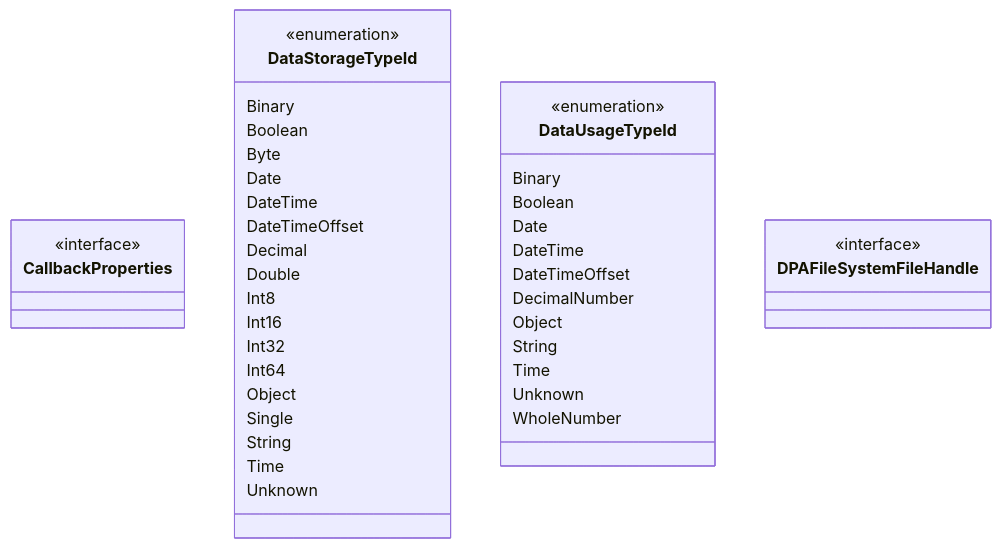
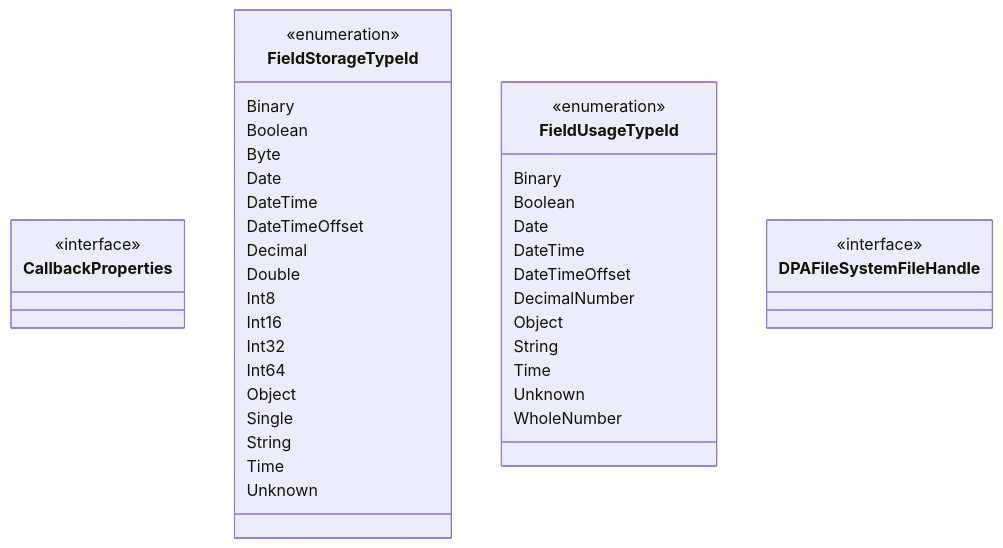
Before and after one commit to data-positioning/datapos-shared: diagram 21 of 22 in README.md, drawn with Mermaid. The commit also changed other lines of this file and 6 other files, not shown here.

````diff
--- a/README.md
+++ b/README.md
@@ -740,48 +740,48 @@
 ```mermaid
 classDiagram
     direction TB
 
     class CallbackProperties {
         <<interface>>
     }
 
-    class DataStorageTypeId {
+    class FieldStorageTypeId {
         <<enumeration>>
         Binary
         Boolean
         Byte
         Date
         DateTime
         DateTimeOffset
         Decimal
         Double
         Int8
         Int16
         Int32
         Int64
         Object
         Single
         String
         Time
         Unknown
     }
 
-    class DataUsageTypeId {
+    class FieldUsageTypeId {
         <<enumeration>>
         Binary
         Boolean
         Date
         DateTime
         DateTimeOffset
         DecimalNumber
         Object
         String
         Time
         Unknown
         WholeNumber
     }
 
     class DPAFileSystemFileHandle {
         <<interface>>
     }
 ```
````
